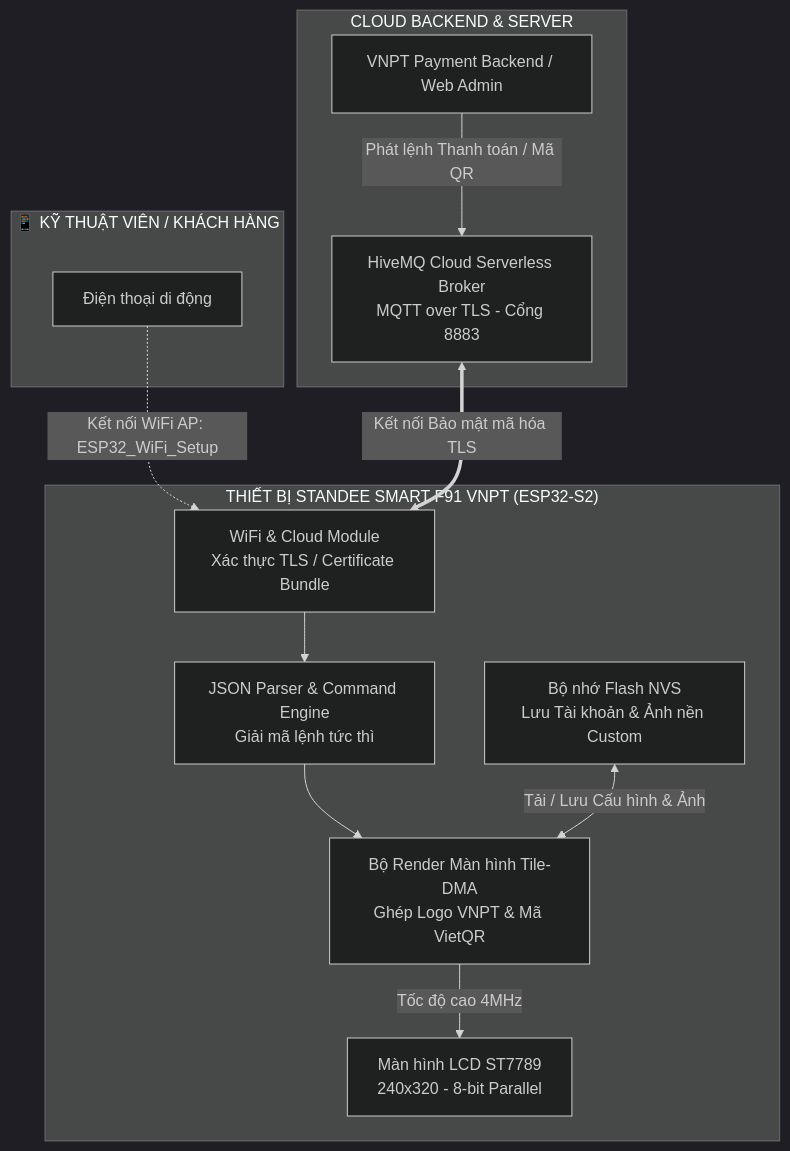
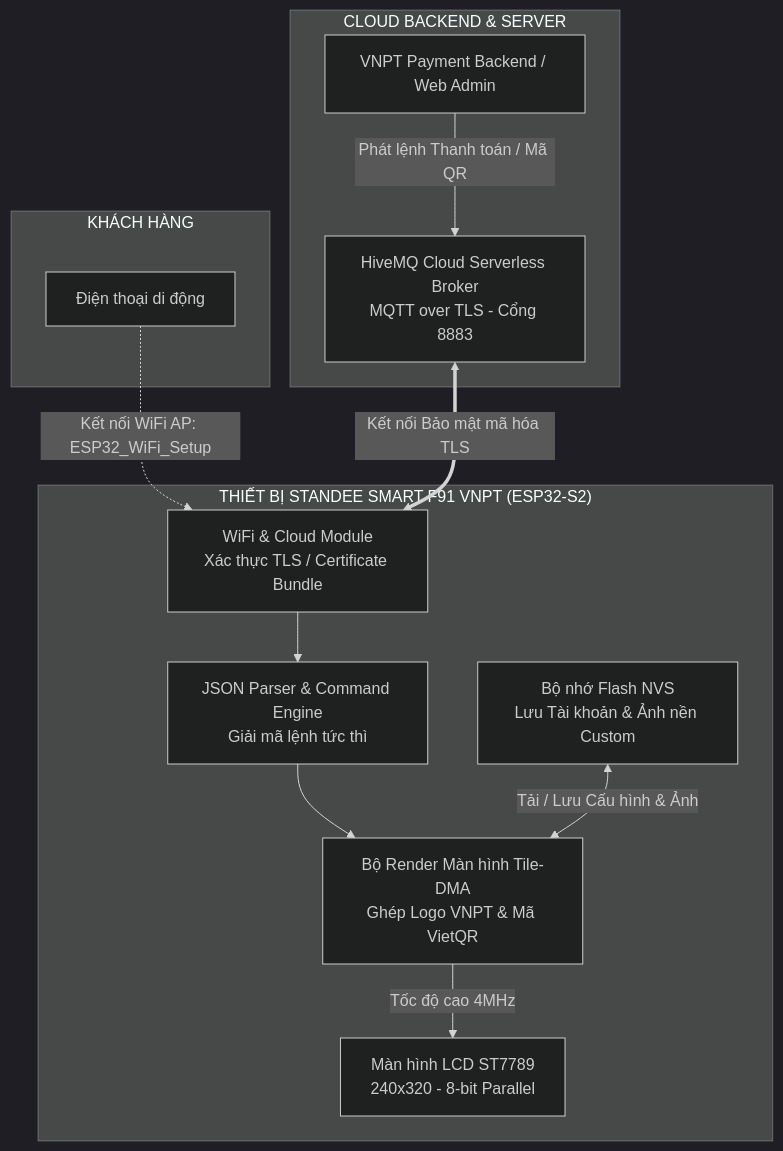
The first of 3 diagrams in README.md (Hiieu-ntq/QR_STANDEE), drawn with Mermaid (dark theme) before and after one commit.

````diff
--- a/README.md
+++ b/README.md
@@ -32,28 +32,28 @@
 ```mermaid
 graph TD
     subgraph CLOUD [" CLOUD BACKEND & SERVER"]
         Server[VNPT Payment Backend / Web Admin]
         Broker[HiveMQ Cloud Serverless Broker<br/>MQTT over TLS - Cổng 8883]
         Server -->|Phát lệnh Thanh toán / Mã QR| Broker
     end
 
     subgraph DEVICE [" THIẾT BỊ STANDEE SMART F91 VNPT (ESP32-S2)"]
         WiFi[WiFi & Cloud Module<br/>Xác thực TLS / Certificate Bundle]
         Parser[JSON Parser & Command Engine<br/>Giải mã lệnh tức thì]
         DisplayEngine[Bộ Render Màn hình Tile-DMA<br/>Ghép Logo VNPT & Mã VietQR]
         Flash[Bộ nhớ Flash NVS<br/>Lưu Tài khoản & Ảnh nền Custom]
         LCD[ Màn hình LCD ST7789<br/>240x320 - 8-bit Parallel]
 
         WiFi --> Parser
         Parser --> DisplayEngine
         Flash <-->|Tải / Lưu Cấu hình & Ảnh| DisplayEngine
         DisplayEngine -->|Tốc độ cao 4MHz| LCD
     end
 
-    subgraph SETUP ["📱 KỸ THUẬT VIÊN / KHÁCH HÀNG"]
+    subgraph SETUP [" KHÁCH HÀNG"]
         Phone[Điện thoại di động]
         Phone -.->|Kết nối WiFi AP: ESP32_WiFi_Setup| WiFi
     end
 
     Broker <==>|Kết nối Bảo mật mã hóa TLS| WiFi
 ```
````
